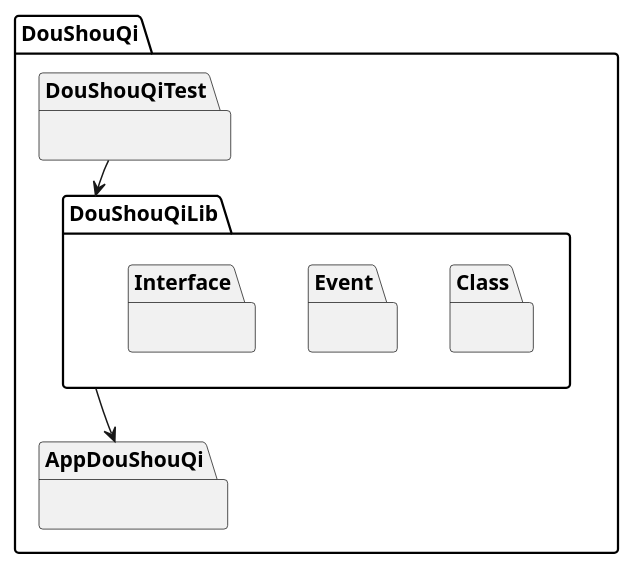
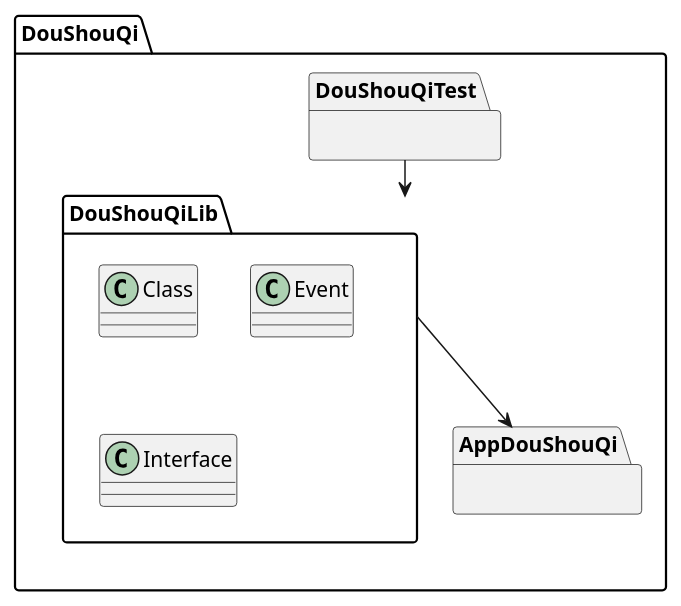
One commit to Pepit0404/DouShouQi changed the diagram in Documentation/diagramme/Paquetage.md. Above: the diagram before and after it, drawn with PlantUML.

Commit message:
Mise à jour de 'Documentation/diagramme/Paquetage.md'

````diff
--- a/Documentation/diagramme/Paquetage.md
+++ b/Documentation/diagramme/Paquetage.md
@@ -1,21 +1,21 @@
 ``` plantuml
 @startuml
 
 namespace DouShouQi{
   package DouShouQiLib{
-    package Class{}
-    package Event{}
-    package Interface{}
+    class Class
+    class Event
+    class Interface
   }
   package DouShouQiTest{
 
   }
   package AppDouShouQi{
   
   }
 }
 
 DouShouQiLib --> AppDouShouQi
 DouShouQiTest --> DouShouQiLib
 @enduml
 ```
````
